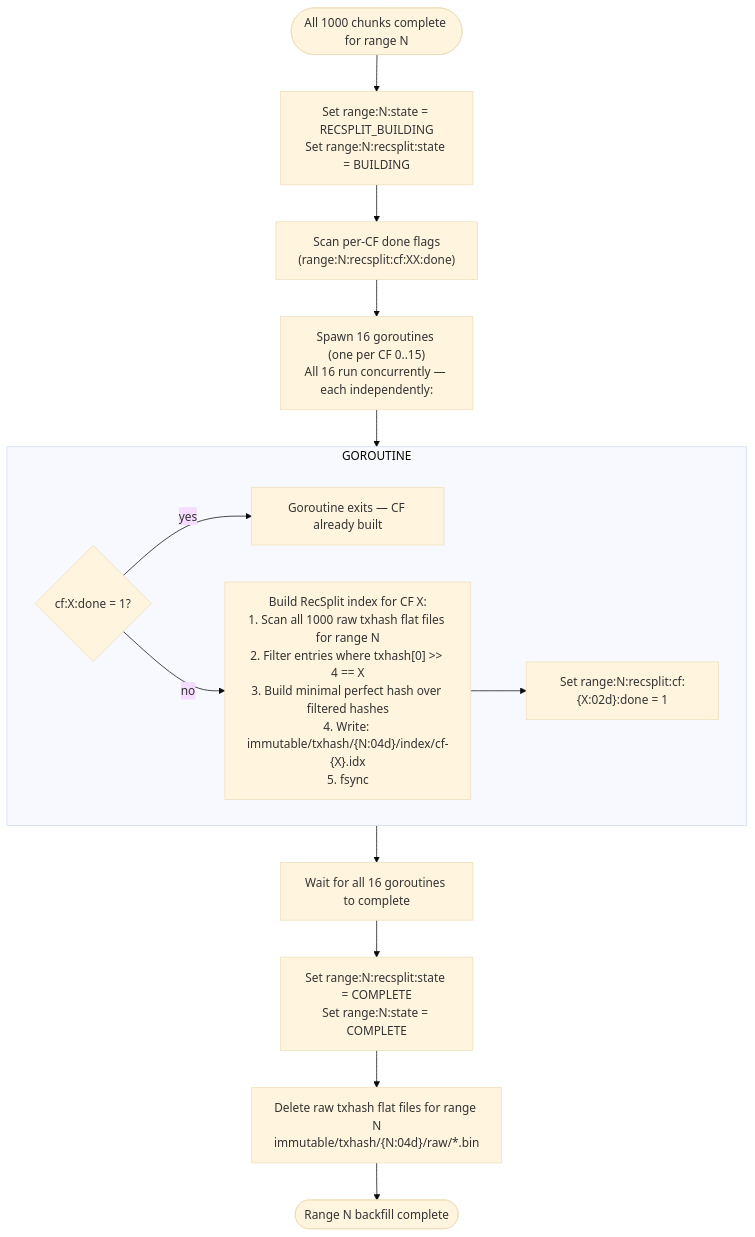
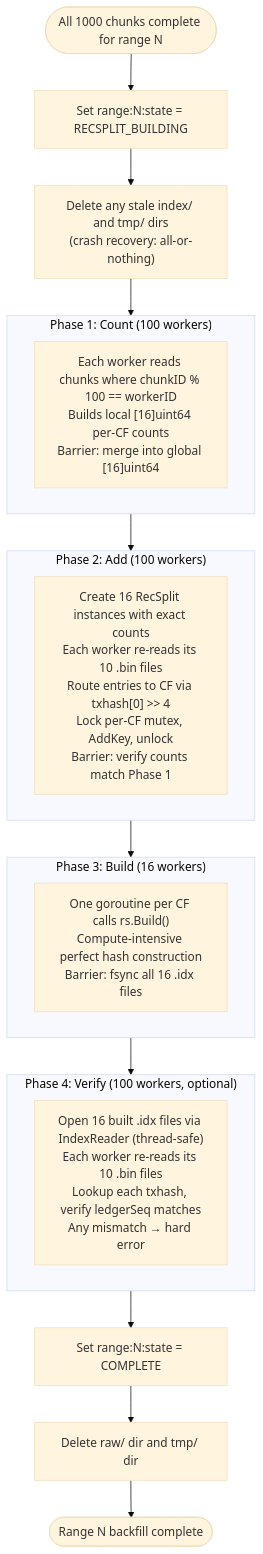
One commit to stellar/stellar-rpc changed the first of 2 diagrams in full-history/design-docs/05-backfill-transition-workflow.md. Above: the diagram before and after it, drawn with Mermaid (base theme). The commit also changed other lines of this file and 6 other files, not shown here.

First line of the commit message:
Update design docs for 4-phase RecSplit pipeline and per-CF bookkeeping

````diff
--- a/full-history/design-docs/05-backfill-transition-workflow.md
+++ b/full-history/design-docs/05-backfill-transition-workflow.md
@@ -40,22 +45,32 @@
 ```mermaid
 flowchart TD
-    START(["All 1000 chunks complete for range N"]) --> SET_STATE["Set range:N:state = RECSPLIT_BUILDING<br/>Set range:N:recsplit:state = BUILDING"]
-    SET_STATE --> SCAN_CFS["Scan per-CF done flags<br/>(range:N:recsplit:cf:XX:done)"]
-    SCAN_CFS --> SPAWN["Spawn 16 goroutines (one per CF 0..15)<br/>All 16 run concurrently — each independently:"]
+    START(["All 1000 chunks complete for range N"]) --> SET_STATE["Set range:N:state = RECSPLIT_BUILDING"]
+    SET_STATE --> CLEANUP_STALE["Delete any stale index/ and tmp/ dirs<br/>(crash recovery: all-or-nothing)"]
+    CLEANUP_STALE --> PHASE1
 
-    subgraph GOROUTINE
-        CF_CHECK{cf:X:done = 1?}
-        CF_SKIP["Goroutine exits — CF already built"]
-        CF_BUILD["Build RecSplit index for CF X:<br/>1. Scan all 1000 raw txhash flat files for range N<br/>2. Filter entries where txhash[0] >> 4 == X<br/>3. Build minimal perfect hash over filtered hashes<br/>4. Write: immutable/txhash/{N:04d}/index/cf-{X}.idx<br/>5. fsync"]
-        CF_SET_DONE["Set range:N:recsplit:cf:{X:02d}:done = 1"]
-        CF_CHECK -->|yes| CF_SKIP
-        CF_CHECK -->|no| CF_BUILD
-        CF_BUILD --> CF_SET_DONE
+    subgraph PHASE1["Phase 1: Count (100 workers)"]
+        COUNT["Each worker reads chunks where chunkID % 100 == workerID<br/>Builds local [16]uint64 per-CF counts<br/>Barrier: merge into global [16]uint64"]
     end
 
-    SPAWN --> GOROUTINE
-    GOROUTINE --> WAIT["Wait for all 16 goroutines to complete"]
-    WAIT --> SET_COMPLETE["Set range:N:recsplit:state = COMPLETE<br/>Set range:N:state = COMPLETE"]
-    SET_COMPLETE --> CLEANUP["Delete raw txhash flat files for range N<br/>immutable/txhash/{N:04d}/raw/*.bin"]
-    CLEANUP --> DONE(["Range N backfill complete"])
+    PHASE1 --> PHASE2
+
+    subgraph PHASE2["Phase 2: Add (100 workers)"]
+        ADD["Create 16 RecSplit instances with exact counts<br/>Each worker re-reads its 10 .bin files<br/>Route entries to CF via txhash[0] >> 4<br/>Lock per-CF mutex, AddKey, unlock<br/>Barrier: verify counts match Phase 1"]
+    end
+
+    PHASE2 --> PHASE3
+
+    subgraph PHASE3["Phase 3: Build (16 workers)"]
+        BUILD["One goroutine per CF calls rs.Build()<br/>Compute-intensive perfect hash construction<br/>Barrier: fsync all 16 .idx files"]
+    end
+
+    PHASE3 --> PHASE4
+
+    subgraph PHASE4["Phase 4: Verify (100 workers, optional)"]
+        VERIFY["Open 16 built .idx files via IndexReader (thread-safe)<br/>Each worker re-reads its 10 .bin files<br/>Lookup each txhash, verify ledgerSeq matches<br/>Any mismatch → hard error"]
+    end
+
+    PHASE4 --> SET_COMPLETE["Set range:N:state = COMPLETE"]
+    SET_COMPLETE --> DELETE_RAW["Delete raw/ dir and tmp/ dir"]
+    DELETE_RAW --> DONE(["Range N backfill complete"])
 ```
````
